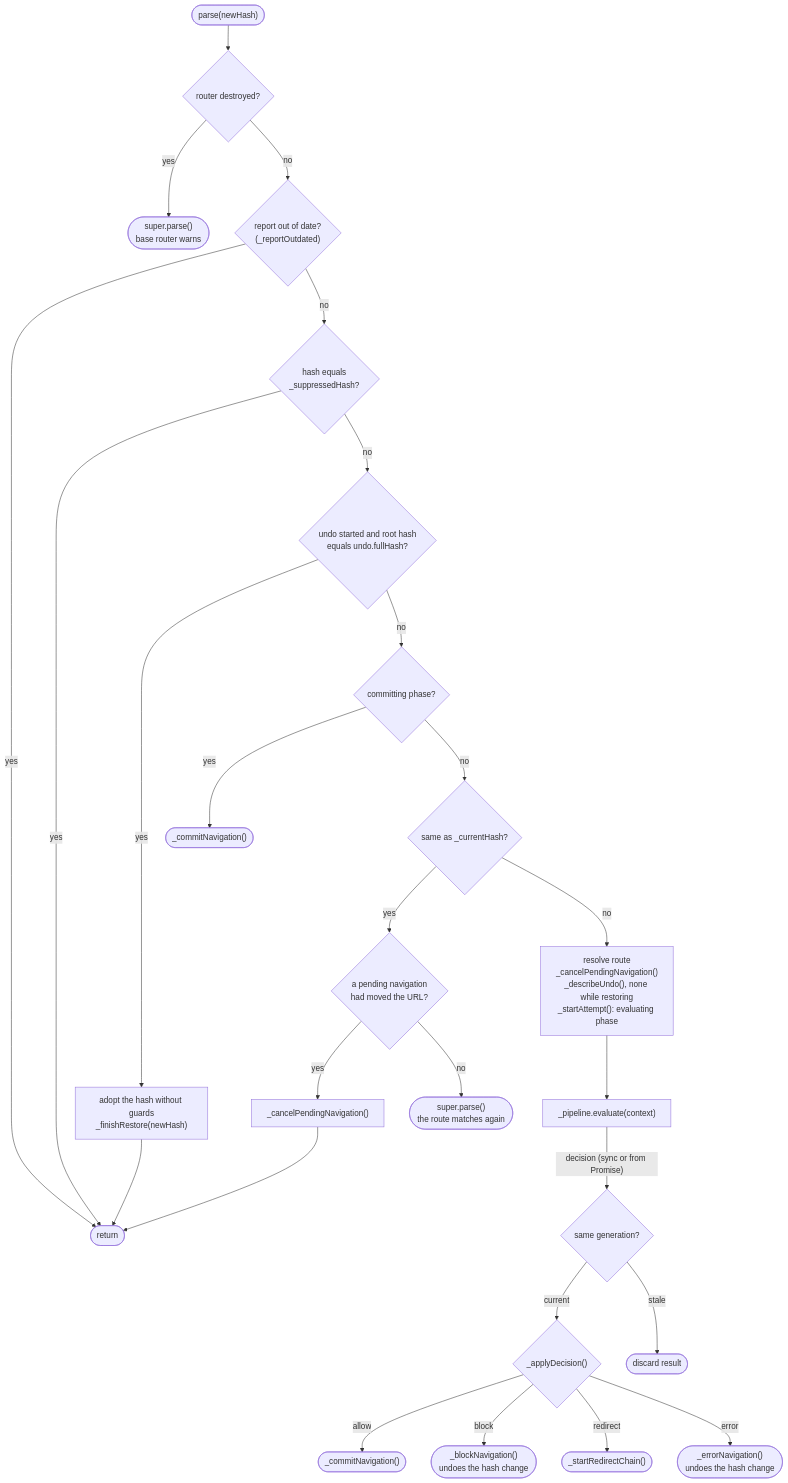
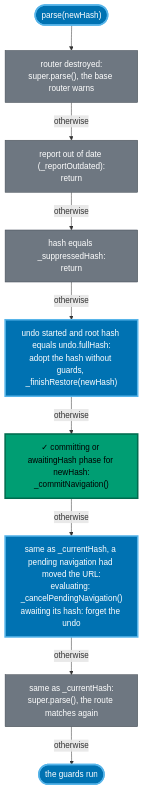
The first of 10 diagrams in docs/reference/architecture.md (wridgeu/ui5-lib-guard-router), drawn with Mermaid before and after one commit. The commit also changed other lines of this file and 202 other files, not shown here.

````diff
--- a/docs/reference/architecture.md
+++ b/docs/reference/architecture.md
@@ -191,28 +194,18 @@
 ```mermaid
 flowchart TD
-    start(["parse(newHash)"]) --> destroyed{"router destroyed?"}
-    destroyed -- "yes" --> warn(["super.parse()<br/>base router warns"])
-    destroyed -- "no" --> outdated{"report out of date?<br/>(_reportOutdated)"}
-    outdated -- "yes" --> ret(["return"])
-    outdated -- "no" --> suppress{"hash equals<br/>_suppressedHash?"}
-    suppress -- "yes" --> ret
-    suppress -- "no" --> back{"undo started and root hash<br/>equals undo.fullHash?"}
-    back -- "yes" --> adopt["adopt the hash without guards<br/>_finishRestore(newHash)"] --> ret
-    back -- "no" --> redir{committing phase?}
-    redir -- "yes" --> bypass(["_commitNavigation()"])
-    redir -- "no" --> samehash{same as _currentHash?}
-    samehash -- "yes" --> moved{"a pending navigation<br/>had moved the URL?"}
-    moved -- "yes" --> canceldup["_cancelPendingNavigation()"] --> ret
-    moved -- "no" --> match(["super.parse()<br/>the route matches again"])
-    samehash -- "no" --> setup["resolve route<br/>_cancelPendingNavigation()<br/>_describeUndo(), none while restoring<br/>_startAttempt(): evaluating phase"]
+    start(["parse(newHash)"]) --> destroyed["router destroyed:<br/>super.parse(), the base router warns"]
+    destroyed -- "otherwise" --> outdated["report out of date (_reportOutdated):<br/>return"]
+    outdated -- "otherwise" --> suppress["hash equals _suppressedHash:<br/>return"]
+    suppress -- "otherwise" --> back["undo started and root hash equals undo.fullHash:<br/>adopt the hash without guards, _finishRestore(newHash)"]
+    back -- "otherwise" --> redir["✓ committing or awaitingHash phase for newHash:<br/>_commitNavigation()"]
+    redir -- "otherwise" --> moved["same as _currentHash, a pending navigation had moved the URL:<br/>evaluating: _cancelPendingNavigation()<br/>awaiting its hash: forget the undo"]
+    moved -- "otherwise" --> again["same as _currentHash:<br/>super.parse(), the route matches again"]
+    again -- "otherwise" --> guards(["the guards run"])
 
-    setup --> evaluate["_pipeline.evaluate(context)"]
-    evaluate -- "decision (sync or from Promise)" --> stale{"same generation?"}
-    stale -- "current" --> apply{"_applyDecision()"}
-    stale -- "stale" --> discard(["discard result"])
-
-    apply -- "allow" --> commit(["_commitNavigation()"])
-    apply -- "block" --> block(["_blockNavigation()<br/>undoes the hash change"])
-    apply -- "redirect" --> redirect(["_startRedirectChain()"])
-    apply -- "error" --> errornav(["_errorNavigation()<br/>undoes the hash change"])
+    classDef native fill:#6e7781,stroke:#424a53,color:#ffffff
+    classDef added fill:#0072B2,stroke:#56B4E9,stroke-width:3px,color:#ffffff
+    classDef commit fill:#009E73,stroke:#006b4e,stroke-width:3px,color:#000000
+    class destroyed,outdated,suppress,again native
+    class start,back,moved,guards added
+    class redir commit
 ```
````
